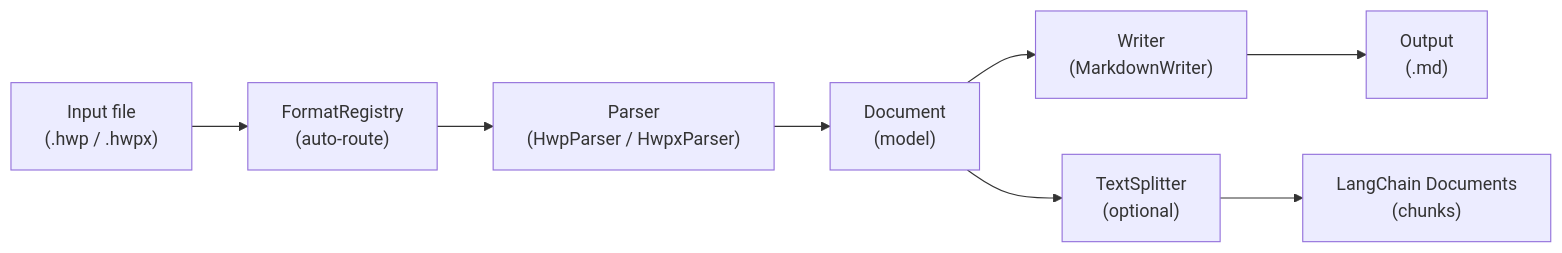
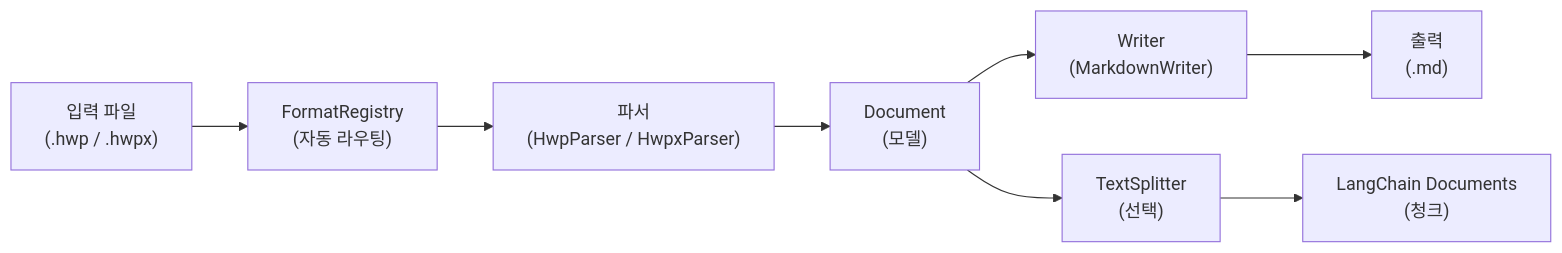
The first of 4 diagrams in docs/architecture.md (ureca-corp/document_parser), drawn with Mermaid before and after one commit. The commit also changed other lines of this file and 7 other files, not shown here.

````diff
--- a/docs/architecture.md
+++ b/docs/architecture.md
@@ -7,11 +7,11 @@
 ```mermaid
 flowchart LR
-    A["Input file\n(.hwp / .hwpx)"] --> B["FormatRegistry\n(auto-route)"]
-    B --> C["Parser\n(HwpParser / HwpxParser)"]
-    C --> D["Document\n(model)"]
+    A["입력 파일\n(.hwp / .hwpx)"] --> B["FormatRegistry\n(자동 라우팅)"]
+    B --> C["파서\n(HwpParser / HwpxParser)"]
+    C --> D["Document\n(모델)"]
     D --> E["Writer\n(MarkdownWriter)"]
-    E --> F["Output\n(.md)"]
+    E --> F["출력\n(.md)"]
 
-    D --> G["TextSplitter\n(optional)"]
-    G --> H["LangChain Documents\n(chunks)"]
+    D --> G["TextSplitter\n(선택)"]
+    G --> H["LangChain Documents\n(청크)"]
 ```
````
